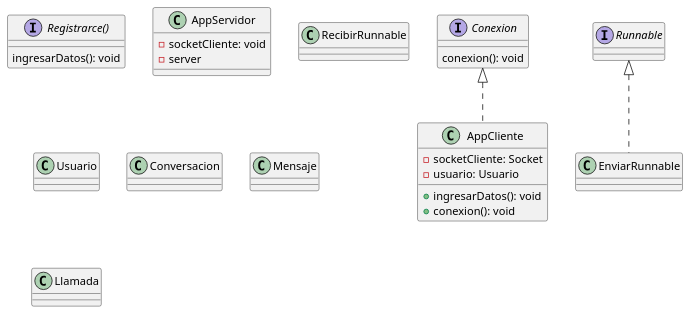
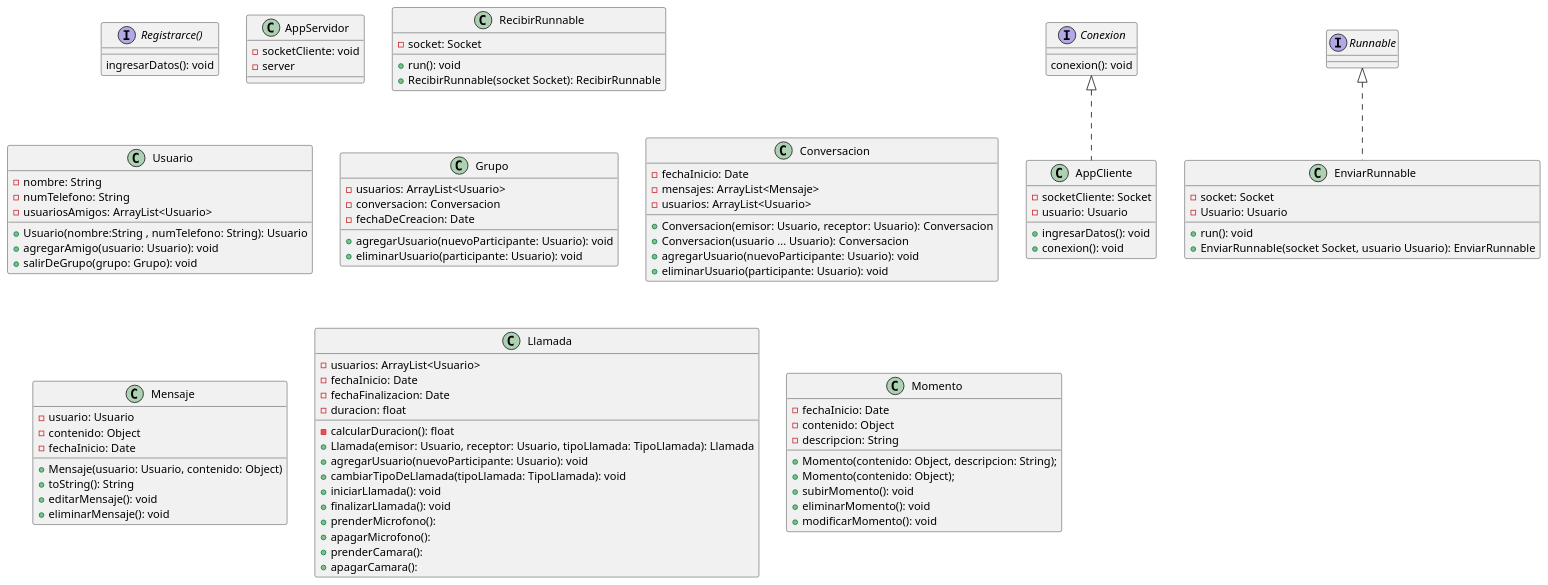
One commit to JorMath/ProyectoSW changed the diagram in ProyectoSW/src/WhatsApp.puml. Above: the diagram before and after it, drawn with PlantUML. The commit also changed 6 other files, not shown here.

Commit message:
Creacion Uml

```diff
--- a/ProyectoSW/src/WhatsApp.puml
+++ b/ProyectoSW/src/WhatsApp.puml
@@ -1,33 +1,104 @@
 @startuml
 'https://plantuml.com/class-diagram
 
 class AppCliente implements Conexion{
     -socketCliente: Socket
     -usuario: Usuario
     +ingresarDatos(): void
     +conexion(): void
 }
 
 interface Conexion{
     conexion(): void
 }
 
 interface Registrarce(){
     ingresarDatos(): void
 }
 
 class AppServidor{
     -socketCliente: void
     -server
 }
+
 class EnviarRunnable implements Runnable{
+    -socket: Socket
+    -Usuario: Usuario
+    +run(): void
+    +EnviarRunnable(socket Socket, usuario Usuario): EnviarRunnable
+}
+
+class RecibirRunnable{
+    -socket: Socket
+    +run(): void
+    +RecibirRunnable(socket Socket): RecibirRunnable
+}
+
+class Usuario{
+    -nombre: String
+    -numTelefono: String
+    -usuariosAmigos: ArrayList<Usuario>
+    +Usuario(nombre:String , numTelefono: String): Usuario
+    +agregarAmigo(usuario: Usuario): void
+    +salirDeGrupo(grupo: Grupo): void
+}
+
+class Grupo{
+    -usuarios: ArrayList<Usuario>
+    -conversacion: Conversacion
+    -fechaDeCreacion: Date
+    +agregarUsuario(nuevoParticipante: Usuario): void
+    +eliminarUsuario(participante: Usuario): void
 
 }
-class RecibirRunnable{}
-class Usuario{}
-class Conversacion{}
-class Mensaje{}
-class Llamada{}
 
+class Conversacion{
+    -fechaInicio: Date
+    -mensajes: ArrayList<Mensaje>
+    -usuarios: ArrayList<Usuario>
+    +Conversacion(emisor: Usuario, receptor: Usuario): Conversacion
+    +Conversacion(usuario ... Usuario): Conversacion
+    +agregarUsuario(nuevoParticipante: Usuario): void
+    +eliminarUsuario(participante: Usuario): void
+
+}
+class Mensaje{
+    -usuario: Usuario
+    -contenido: Object
+    -fechaInicio: Date
+    +Mensaje(usuario: Usuario, contenido: Object)
+    +toString(): String
+    +editarMensaje(): void
+    +eliminarMensaje(): void
+}
+
+class Llamada{
+    -usuarios: ArrayList<Usuario>
+    -fechaInicio: Date
+    -fechaFinalizacion: Date
+    -duracion: float
+    -calcularDuracion(): float
+    +Llamada(emisor: Usuario, receptor: Usuario, tipoLlamada: TipoLlamada): Llamada
+    +agregarUsuario(nuevoParticipante: Usuario): void
+    +cambiarTipoDeLlamada(tipoLlamada: TipoLlamada): void
+    +iniciarLlamada(): void
+    +finalizarLlamada(): void
+    +prenderMicrofono():
+    +apagarMicrofono():
+    +prenderCamara():
+    +apagarCamara():
+}
+
+class Momento{
+    -fechaInicio: Date
+    -contenido: Object
+    -descripcion: String
+    +Momento(contenido: Object, descripcion: String);
+    +Momento(contenido: Object);
+    +subirMomento(): void
+    +eliminarMomento(): void
+    +modificarMomento(): void
+
+}
 
 @enduml
```
